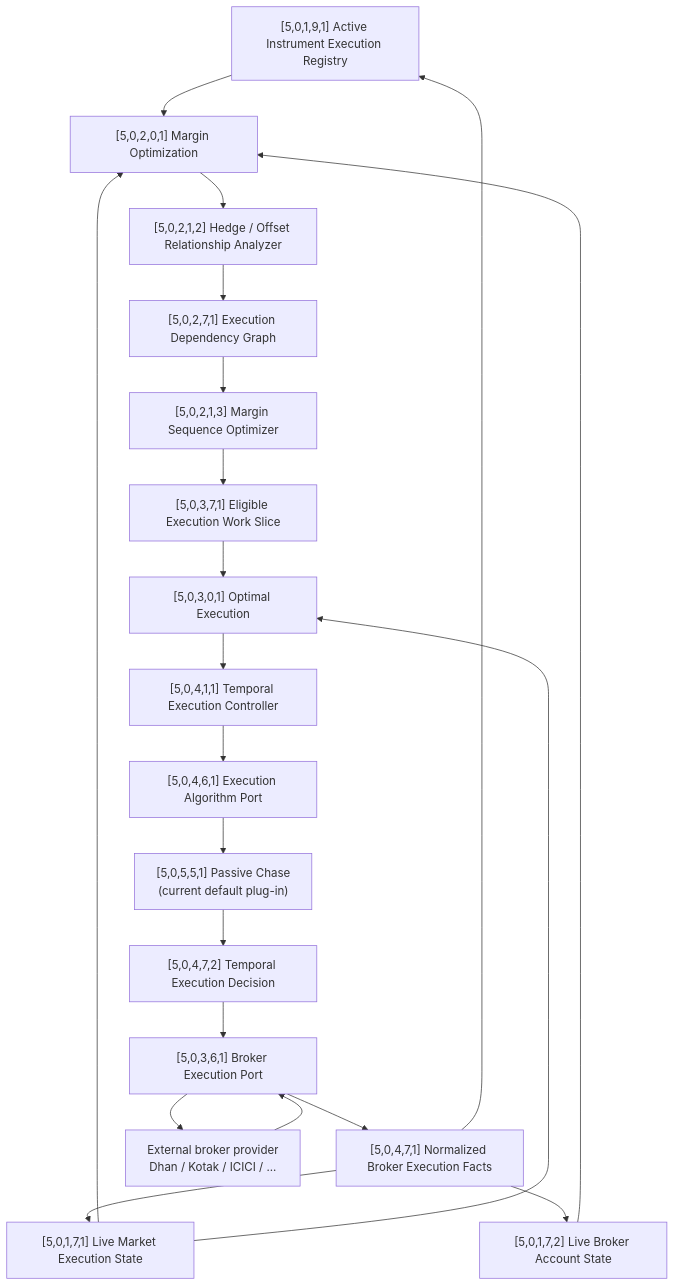
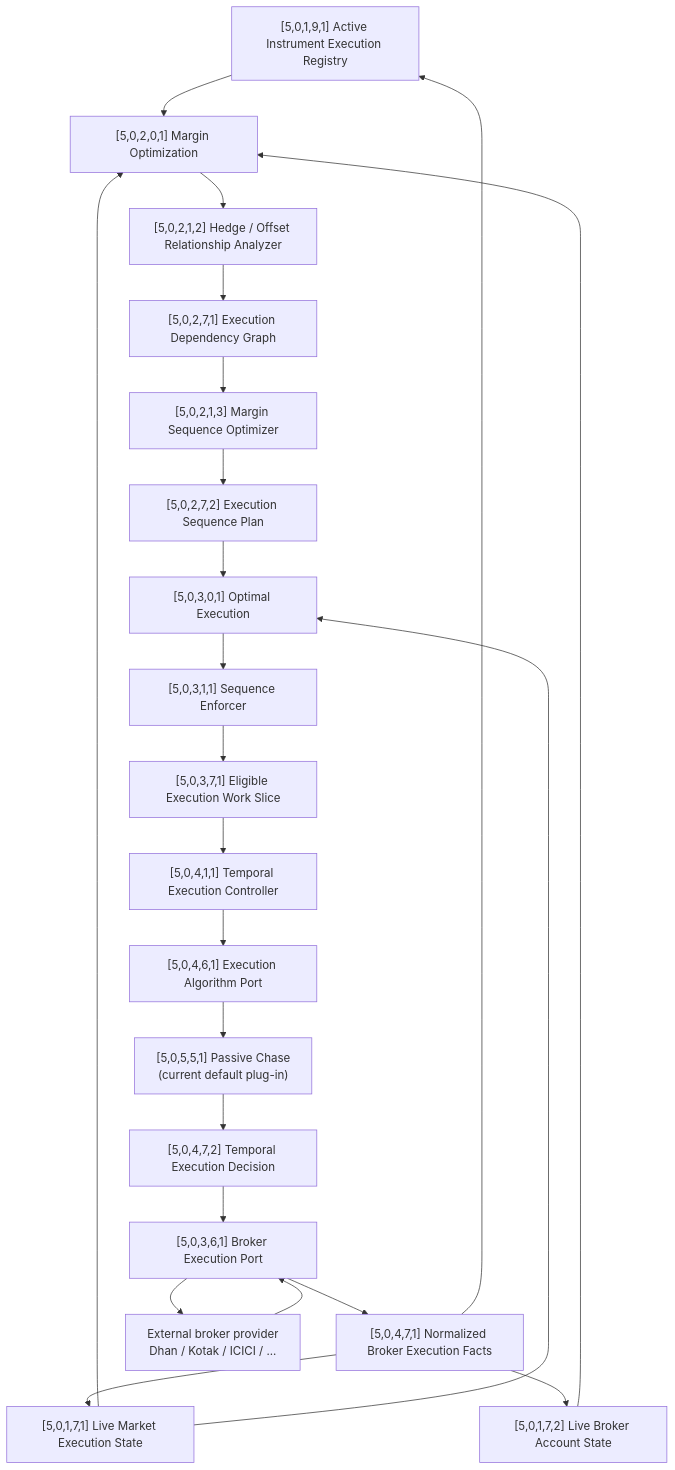
One commit to ayyararyan/volarb changed the diagram in docs/workflows/internal-execution.md. Above: the diagram before and after it, drawn with Mermaid. The commit also changed other lines of this file, not shown here.

Commit message:
Make execution sequence mandatory in Optimal Execution

```diff
--- a/docs/workflows/internal-execution.md
+++ b/docs/workflows/internal-execution.md
@@ -14,38 +14,40 @@
 ~~~mermaid
 flowchart TD
     R["[5,0,1,9,1] Active Instrument Execution Registry"]
     M["[5,0,1,7,1] Live Market Execution State"]
     A["[5,0,1,7,2] Live Broker Account State"]
 
     MO["[5,0,2,0,1] Margin Optimization"]
     H["[5,0,2,1,2] Hedge / Offset Relationship Analyzer"]
     D["[5,0,2,7,1] Execution Dependency Graph"]
     S["[5,0,2,1,3] Margin Sequence Optimizer"]
-
-    W["[5,0,3,7,1] Eligible Execution Work Slice"]
+    Q["[5,0,2,7,2] Execution Sequence Plan"]
 
     OE["[5,0,3,0,1] Optimal Execution"]
+    G["[5,0,3,1,1] Sequence Enforcer"]
+    W["[5,0,3,7,1] Eligible Execution Work Slice"]
     C["[5,0,4,1,1] Temporal Execution Controller"]
     P["[5,0,4,6,1] Execution Algorithm Port"]
     X["[5,0,5,5,1] Passive Chase\n(current default plug-in)"]
     O["[5,0,4,7,2] Temporal Execution Decision"]
 
     B["[5,0,3,6,1] Broker Execution Port"]
     F["[5,0,4,7,1] Normalized Broker Execution Facts"]
     E["External broker provider\nDhan / Kotak / ICICI / ..."]
 
     R --> MO
     M --> MO
     A --> MO
-    MO --> H --> D --> S --> W
+    MO --> H --> D --> S --> Q
 
-    W --> OE
+    Q --> OE
     M --> OE
-    OE --> C --> P --> X --> O --> B
+    OE --> G --> W --> C --> P --> X --> O --> B
+
     B --> E
     E --> B
     B --> F
     F --> R
     F --> M
     F --> A
 ~~~
```
